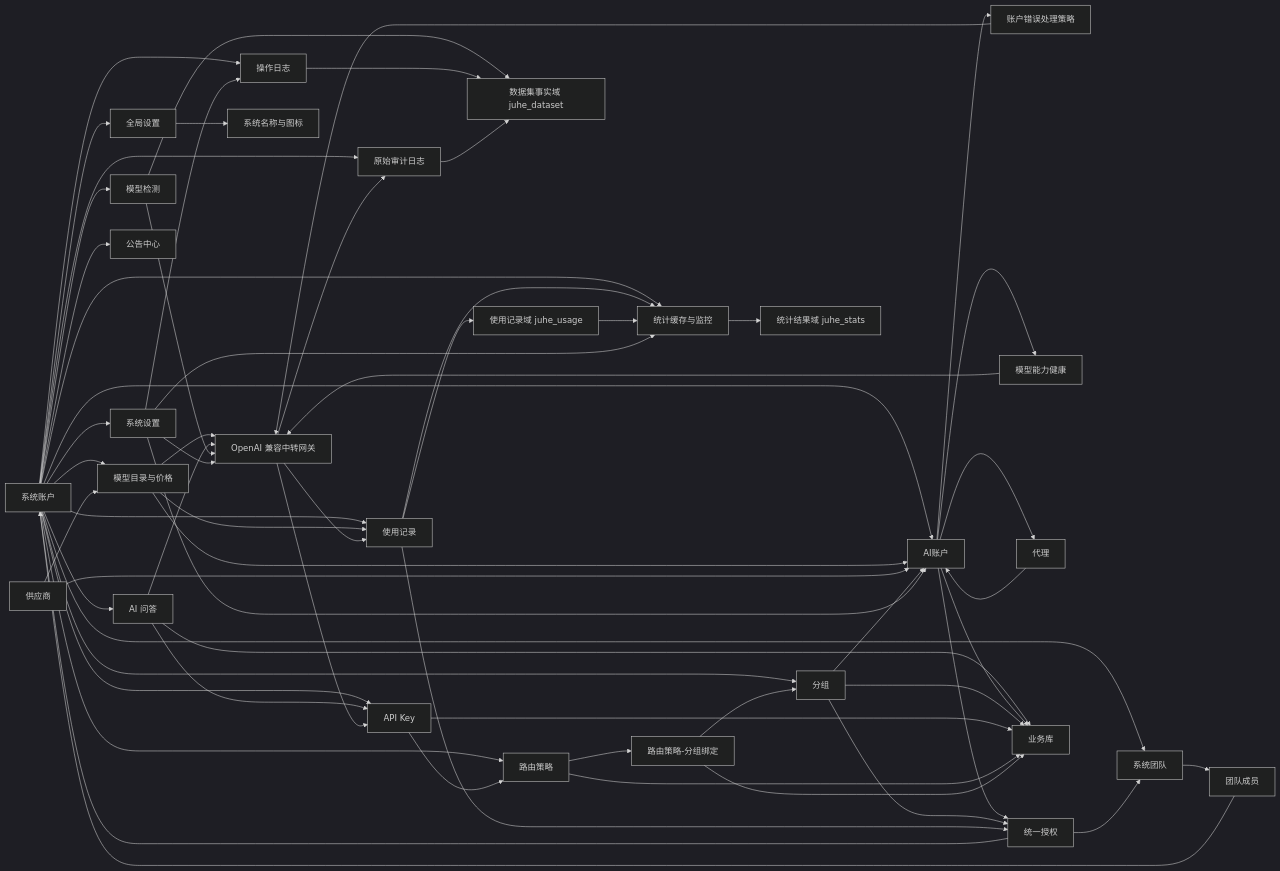
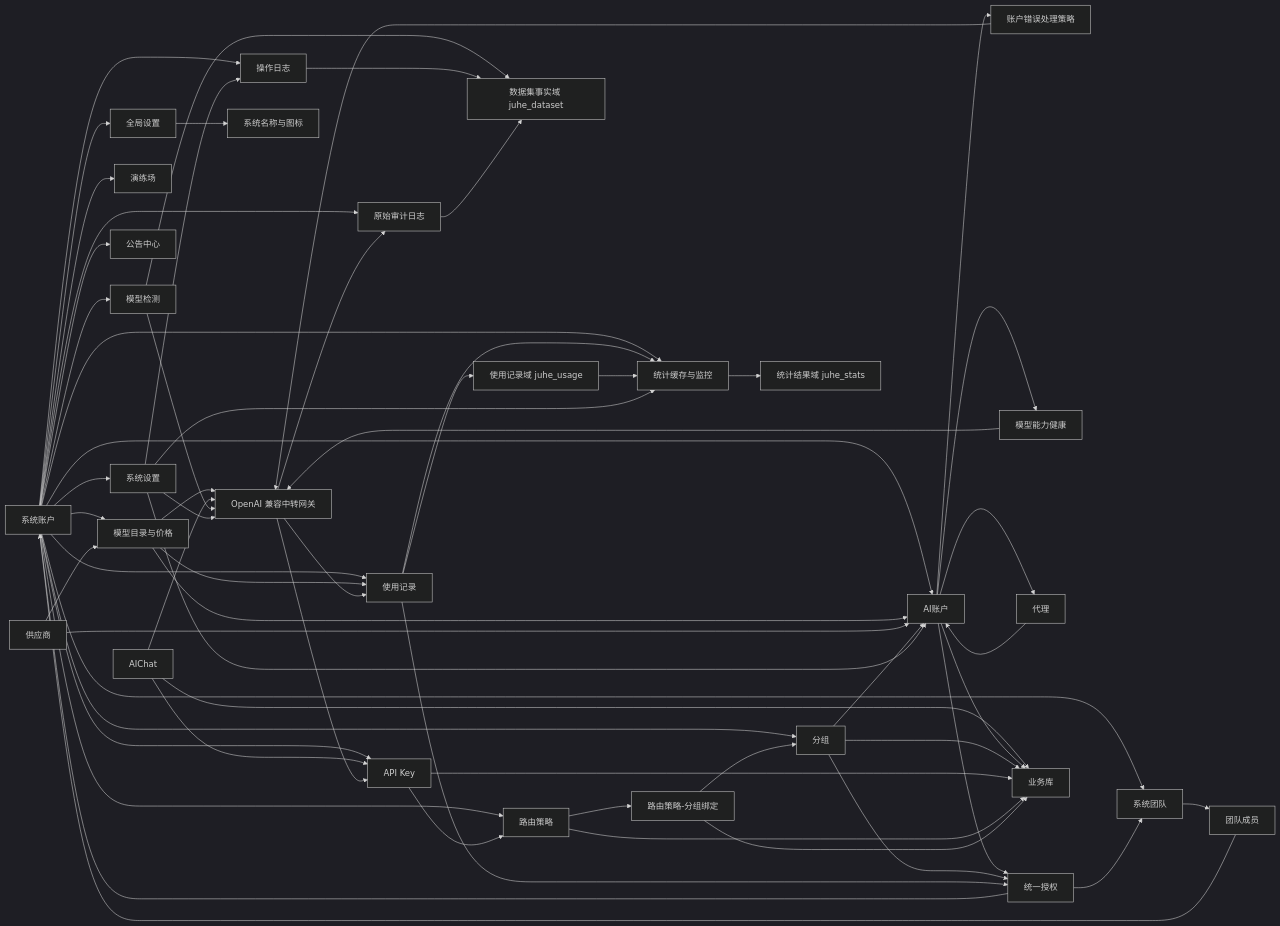
One commit to huanmin123/juhe-ai changed the diagram in docs/architecture/架构总览.md. Above: the diagram before and after it, drawn with Mermaid (dark theme). The commit also changed other lines of this file and 88 other files, not shown here.

````diff
--- a/docs/architecture/架构总览.md
+++ b/docs/architecture/架构总览.md
@@ -141,65 +141,65 @@
 ```mermaid
 flowchart LR
   SystemAccount["系统账户"] --> GlobalSettings["全局设置"]
   SystemAccount --> SystemSettings["系统设置"]
   SystemAccount --> SystemTeam["系统团队"]
   SystemTeam --> TeamMember["团队成员"]
   TeamMember --> SystemAccount
   SystemAccount --> AIAccount["AI账户"]
   SystemAccount --> Group["分组"]
   SystemAccount --> APIKey["API Key"]
-  SystemAccount --> AIChat["AI 问答"]
+  SystemAccount --> Playground["演练场"]
   SystemAccount --> RouteStrategy["路由策略"]
   SystemAccount --> ModelCheck["模型检测"]
   SystemAccount --> Usage["使用记录"]
   SystemAccount --> OperationLog["操作日志"]
   SystemAccount --> AuditLog["原始审计日志"]
   SystemAccount --> Stats["统计缓存与监控"]
   SystemAccount --> Announcement["公告中心"]
   SystemAccount --> ModelCatalog["模型目录与价格"]
   AIAccount --> AccountErrorPolicy["账户错误处理策略"]
   AIAccount --> AccountCapabilityHealth["模型能力健康"]
   AccountCapabilityHealth --> Gateway
   AccountErrorPolicy --> Gateway
   GlobalSettings --> AppBrand["系统名称与图标"]
   Provider["供应商"] --> ModelCatalog
   ModelCatalog --> AIAccount
   ModelCatalog --> Gateway
   ModelCatalog --> Usage
   Provider["供应商"] --> AIAccount
   Proxy["代理"] --> AIAccount
   AIAccount --> Proxy
   AIAccount --> ResourceAuthorization["统一授权"]
   Group --> ResourceAuthorization
   ResourceAuthorization --> SystemAccount
   ResourceAuthorization --> SystemTeam
   Group --> AIAccount
   APIKey --> RouteStrategy
   AIChat --> APIKey
   AIChat --> Gateway
   AIChat --> BusinessStore
   RouteStrategy --> RouteStrategyGroupBinding["路由策略-分组绑定"]
   RouteStrategyGroupBinding --> Group
   ModelCheck --> Gateway
   ModelCheck --> DatasetStore
   Gateway["OpenAI 兼容中转网关"] --> APIKey
   Gateway --> Usage["使用记录"]
   Gateway --> AuditLog
   Usage --> ResourceAuthorization
   Usage --> Stats["统计缓存与监控"]
   Usage --> UsageStore["使用记录域 juhe_usage"]
   UsageStore --> Stats
   DatasetStore["数据集事实域 juhe_dataset"]
   OperationLog --> DatasetStore
   AuditLog --> DatasetStore
   Stats --> StatsStore["统计结果域 juhe_stats"]
   AIAccount --> BusinessStore["业务库"]
   Group --> BusinessStore
   APIKey --> BusinessStore
   RouteStrategy --> BusinessStore
   RouteStrategyGroupBinding --> BusinessStore
   SystemSettings --> Gateway
   SystemSettings --> OperationLog
   SystemSettings --> AIAccount
   SystemSettings --> Stats
 ```
````
